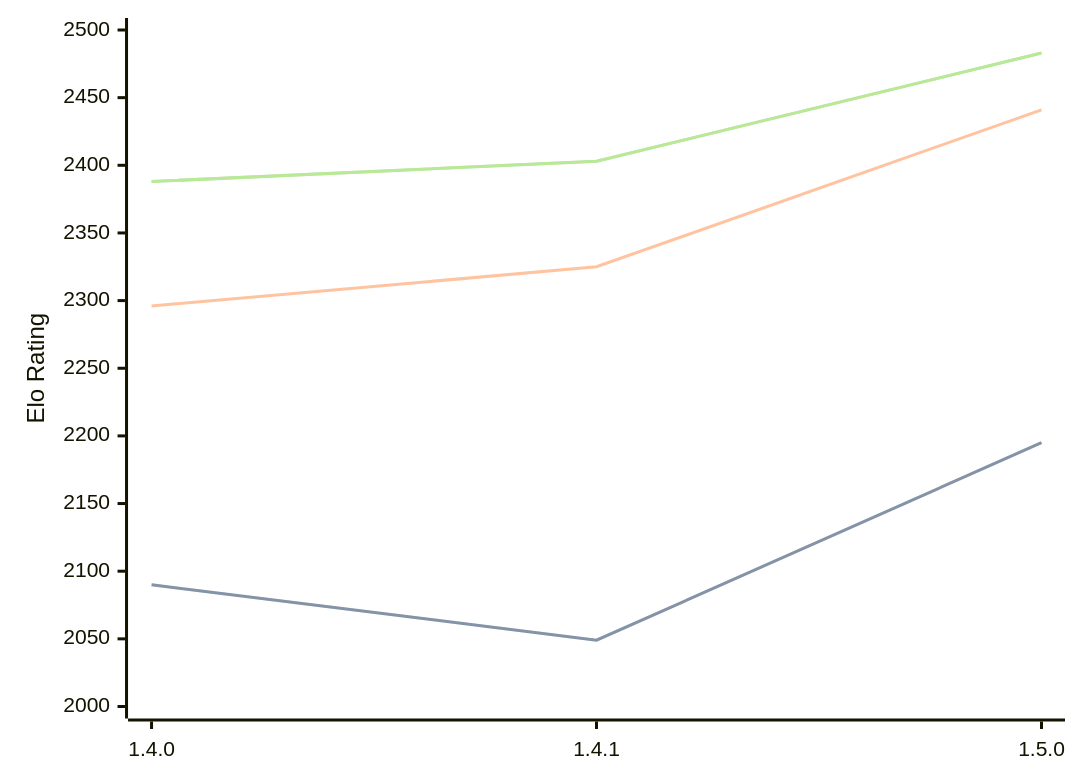
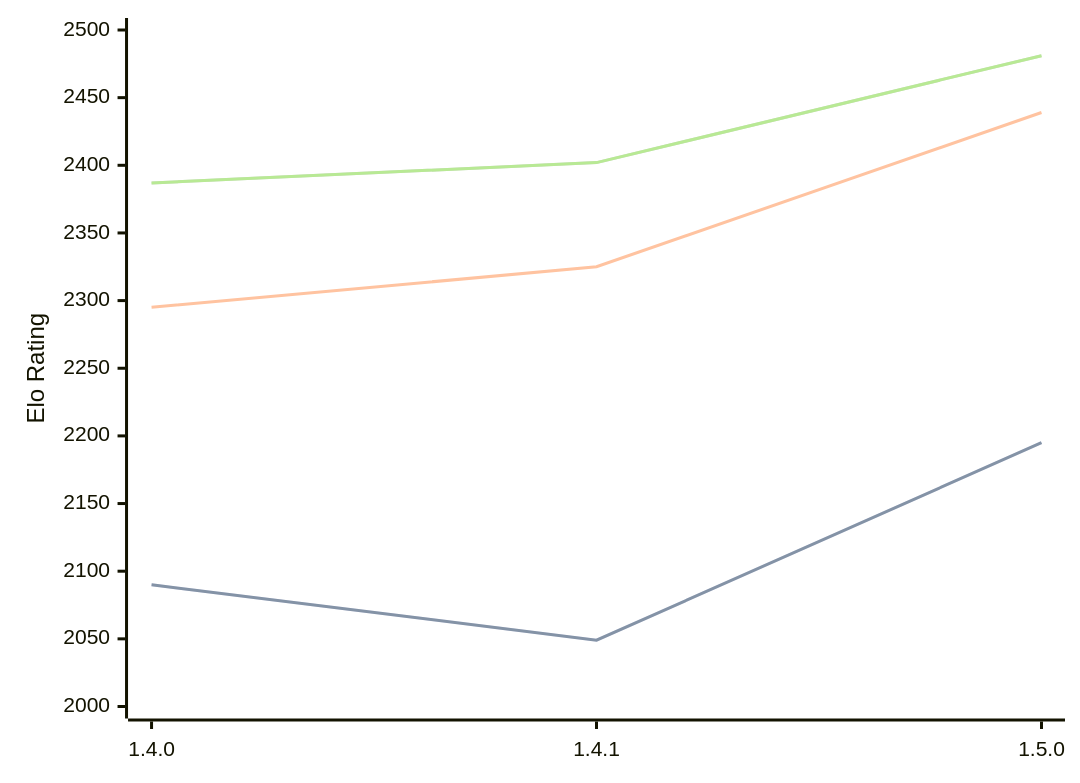
Before and after one commit to computer-chess-index/cci: the diagram in engines/Tofiks.md, drawn with Mermaid. The commit also changed other lines of this file, not shown here.

Commit message:
Update CCI Ratings (ELO VLTC) - 2026-10-01

````diff
--- a/engines/Tofiks.md
+++ b/engines/Tofiks.md
@@ -33,11 +33,11 @@
 ```mermaid
 %%{init: {"theme":"base","themeVariables":{"seriesColors:['#a3a3a3','#222221','#faa371']}}}%%
 xychart-beta
   x-axis ["1.4.0", "1.4.1", "1.5.0"]
   y-axis "Elo Rating" 2000 --> 2500
   line "" [2090, 2049, 2195]
   line "STC (8.0+0.08s)" [2090, 2049, 2195]
-  line "LTC (60.0+0.60s)" [2296, 2325, 2441]
-  line "" [2388, 2403, 2483]
-  line "VLTC (2m24s+1.12s)" [2388, 2403, 2483]
+  line "LTC (60.0+0.60s)" [2295, 2325, 2439]
+  line "" [2387, 2402, 2481]
+  line "VLTC (2m24s+1.12s)" [2387, 2402, 2481]
 ```
````
